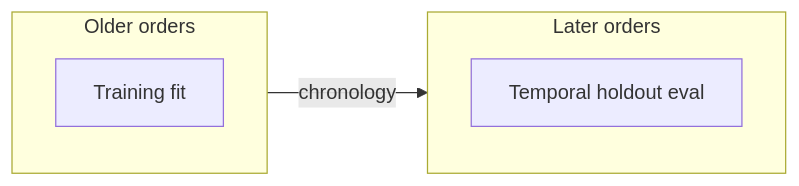
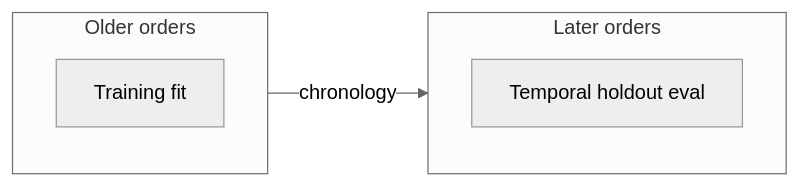
One commit to cruzaddy91/DATA-470_DSCapstone changed the third of 4 diagrams in README.md. Above: the diagram before and after it, drawn with Mermaid. The commit also changed other lines of this file, not shown here.

First line of the commit message:
Add Mermaid init for static GitHub SVG rendering.

````diff
--- a/README.md
+++ b/README.md
@@ -94,10 +96,11 @@
 ```mermaid
+%%{init: {'theme':'neutral', 'htmlLabels': true, 'flowchart': {'curve': 'basis', 'diagramPadding': 130}, 'themeVariables': {'fontFamily': 'ui-sans-serif, system-ui, sans-serif'}}}%%
 flowchart LR
   subgraph past[Older orders]
     TR[Training fit]
   end
   subgraph future[Later orders]
     TE[Temporal holdout eval]
   end
   past -->|chronology| future
 ```
````
